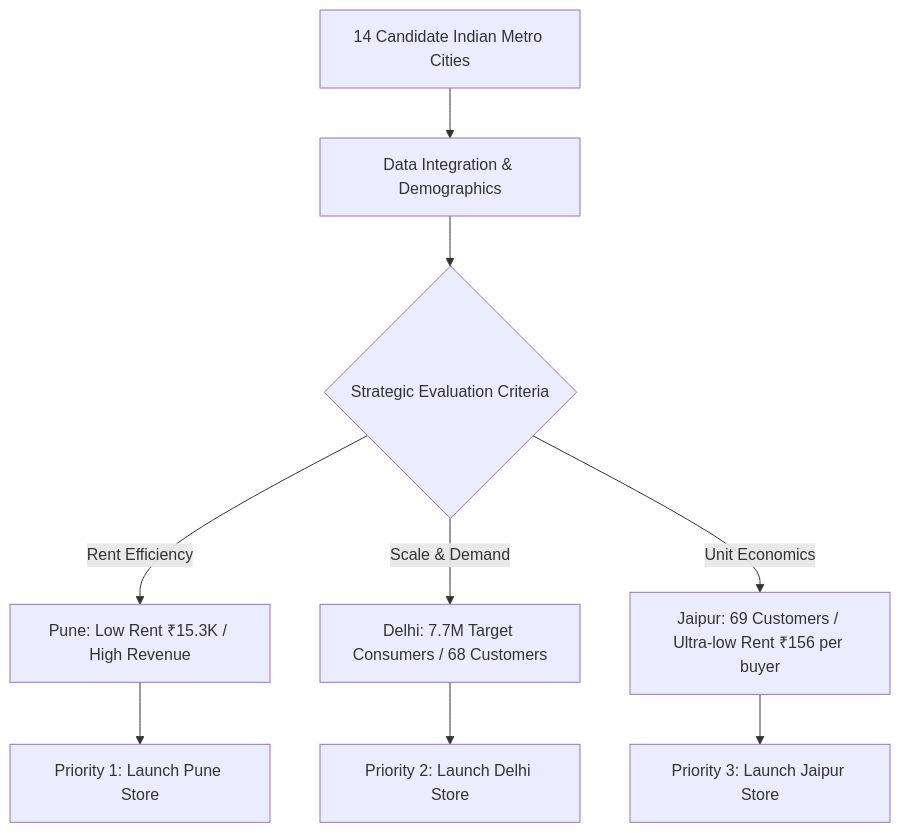
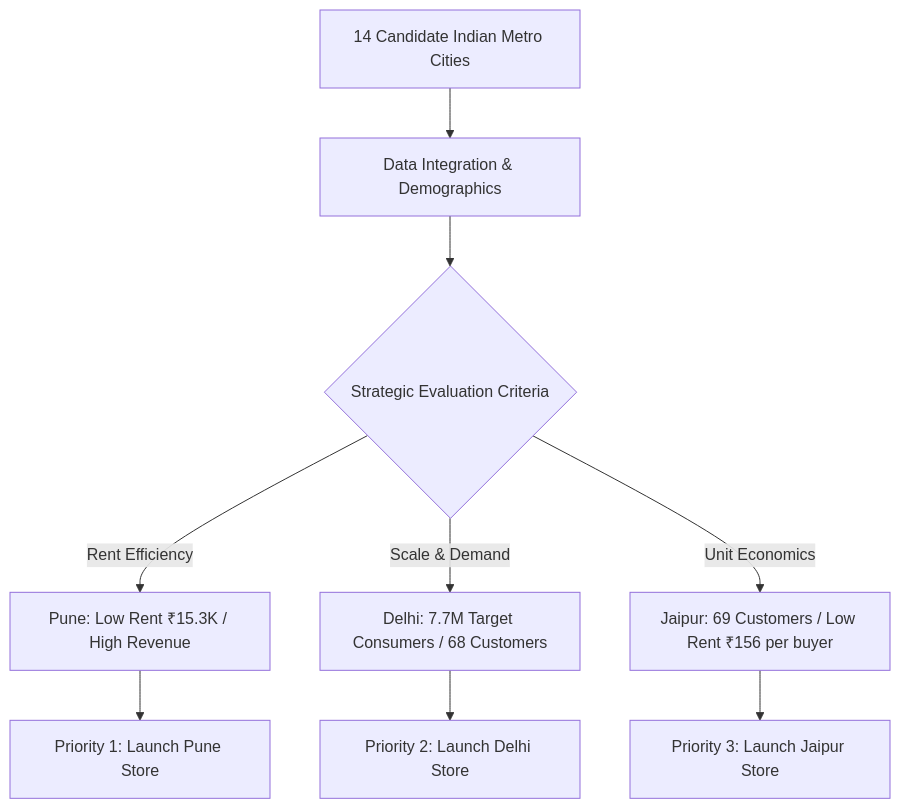
Before and after one commit to ravinder0710/coffee-shop-sales-sql-powerbi: the diagram in README.md, drawn with Mermaid.

Commit message:
Enhance Mermaid diagram quotes for bulletproof rendering

````diff
--- a/README.md
+++ b/README.md
@@ -81,11 +81,11 @@
 ```mermaid
 flowchart TD
-    A[14 Candidate Indian Metro Cities] --> B[Data Integration & Demographics]
-    B --> C{Strategic Evaluation Criteria}
-    C -->|Rent Efficiency| D[Pune: Low Rent ₹15.3K / High Revenue]
-    C -->|Scale & Demand| E[Delhi: 7.7M Target Consumers / 68 Customers]
-    C -->|Unit Economics| F[Jaipur: 69 Customers / Ultra-low Rent ₹156 per buyer]
-    D --> G[Priority 1: Launch Pune Store]
-    E --> H[Priority 2: Launch Delhi Store]
-    F --> I[Priority 3: Launch Jaipur Store]
+    A["14 Candidate Indian Metro Cities"] --> B["Data Integration & Demographics"]
+    B --> C{"Strategic Evaluation Criteria"}
+    C -->|"Rent Efficiency"| D["Pune: Low Rent ₹15.3K / High Revenue"]
+    C -->|"Scale & Demand"| E["Delhi: 7.7M Target Consumers / 68 Customers"]
+    C -->|"Unit Economics"| F["Jaipur: 69 Customers / Low Rent ₹156 per buyer"]
+    D --> G["Priority 1: Launch Pune Store"]
+    E --> H["Priority 2: Launch Delhi Store"]
+    F --> I["Priority 3: Launch Jaipur Store"]
 ```
````
